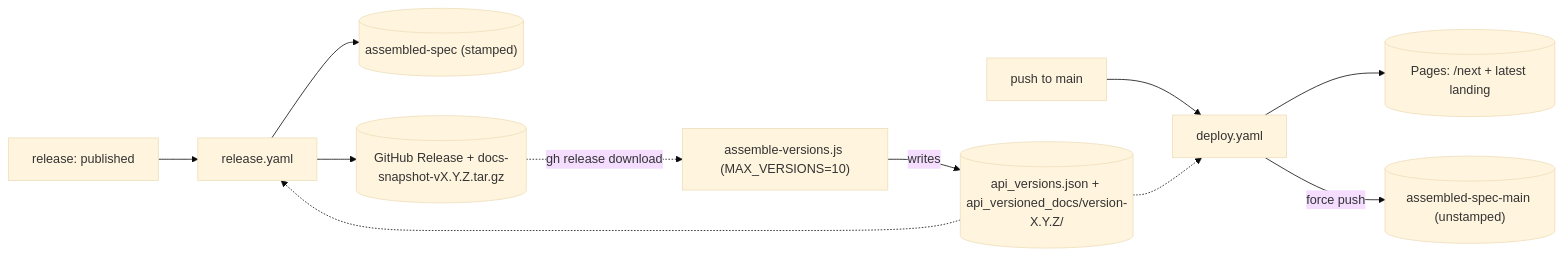
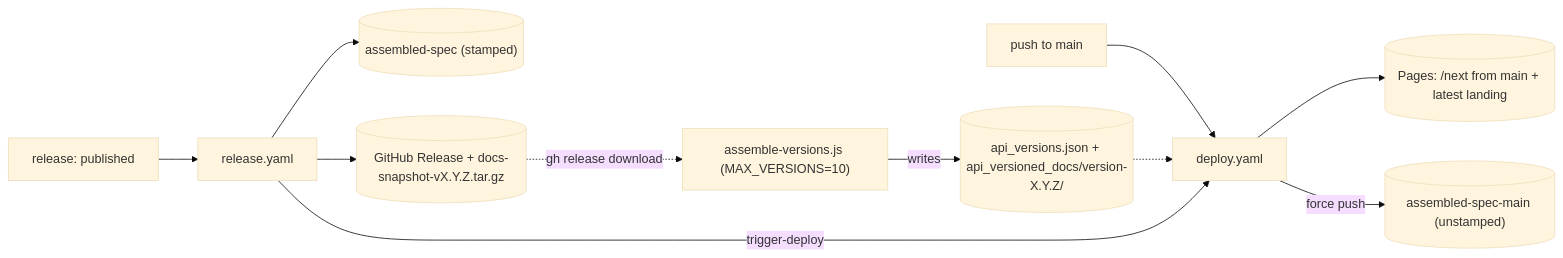
One commit to ethereum/execution-apis changed the second of 2 diagrams in .github/workflows/README.md. Above: the diagram before and after it, drawn with Mermaid (base theme). The commit also changed other lines of this file and 3 other files, not shown here.

````diff
--- a/.github/workflows/README.md
+++ b/.github/workflows/README.md
@@ -48,14 +49,14 @@
 ```mermaid
 flowchart LR
   mainPush["push to main"] --> deployWf[deploy.yaml]
-  deployWf --> pagesMain[("Pages: /next + latest landing")]
+  deployWf --> pagesMain[("Pages: /next from main + latest landing")]
   deployWf -->|"force push"| assembledMain[("assembled-spec-main (unstamped)")]
 
   releasePublish2["release: published"] --> releaseWf2[release.yaml]
   releaseWf2 --> assembledSpec2[("assembled-spec (stamped)")]
   releaseWf2 --> ghRel[("GitHub Release + docs-snapshot-vX.Y.Z.tar.gz")]
   ghRel -.->|"gh release download"| assembleScript["assemble-versions.js (MAX_VERSIONS=10)"]
   assembleScript -->|"writes"| apiVersions[("api_versions.json + api_versioned_docs/version-X.Y.Z/")]
   apiVersions -.-> deployWf
-  apiVersions -.-> releaseWf2
+  releaseWf2 -->|"trigger-deploy"| deployWf
 ```
````
